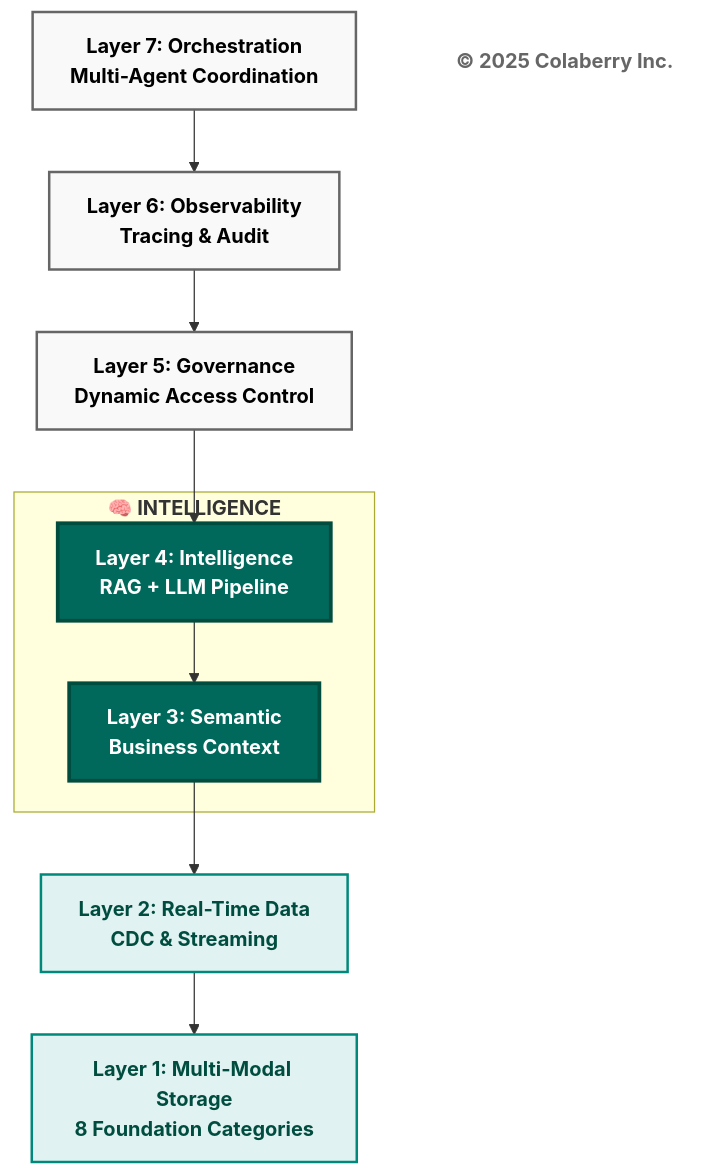
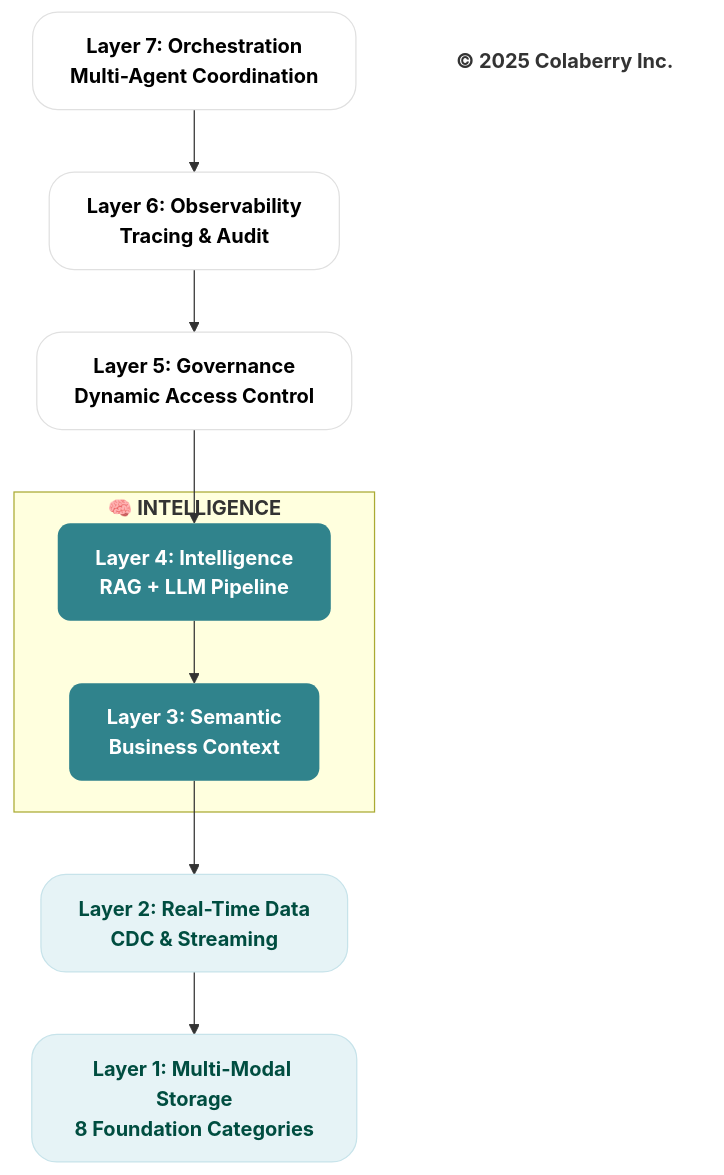
Before and after one commit to saitejesh-cyber/trust-before-intelligence-book: the third of 13 diagrams in manuscript/06_chapter_5_intelligence_layers.md, drawn with Mermaid. The commit also changed other lines of this file and 7 other files, not shown here.

Commit message:
Chapter 6to13: Updated mermaid diagrams based on new colaberry color code

````diff
--- a/manuscript/06_chapter_5_intelligence_layers.md
+++ b/manuscript/06_chapter_5_intelligence_layers.md
@@ -131,28 +131,28 @@
 ```mermaid
 graph TB
     L7["<b>Layer 7: Orchestration</b><br/><b>Multi-Agent Coordination</b>"]
     L6["<b>Layer 6: Observability</b><br/><b>Tracing & Audit</b>"]
     L5["<b>Layer 5: Governance</b><br/><b>Dynamic Access Control</b>"]
     
     subgraph "<b>🧠 INTELLIGENCE</b>"
         L4["<b>Layer 4: Intelligence</b><br/><b>RAG + LLM Pipeline</b>"]
         L3["<b>Layer 3: Semantic</b><br/><b>Business Context</b>"]
     end
     
     L2["<b>Layer 2: Real-Time Data</b><br/><b>CDC & Streaming</b>"]
     L1["<b>Layer 1: Multi-Modal Storage</b><br/><b>8 Foundation Categories</b>"]
     
     Copyright["<b>© 2025 Colaberry Inc.</b>"]
     
     L7 --> L6 --> L5 --> L4 --> L3
     L3 --> L2 --> L1
     
-    style L7 fill:#f9f9f9,stroke:#666666,stroke-width:2px,color:#000000
-    style L6 fill:#f9f9f9,stroke:#666666,stroke-width:2px,color:#000000
-    style L5 fill:#f9f9f9,stroke:#666666,stroke-width:2px,color:#000000
-    style L4 fill:#00695c,color:#ffffff,stroke:#004d40,stroke-width:3px
-    style L3 fill:#00695c,color:#ffffff,stroke:#004d40,stroke-width:3px
-    style L2 fill:#e0f2f1,stroke:#00897b,stroke-width:2px,color:#004d40
-    style L1 fill:#e0f2f1,stroke:#00897b,stroke-width:2px,color:#004d40
-    style Copyright fill:#ffffff,stroke:none,color:#666666
+    style L7 fill:#ffffff,stroke:#e0e0e0,stroke-width:1px,color:#000000,rx:20,ry:20
+    style L6 fill:#ffffff,stroke:#e0e0e0,stroke-width:1px,color:#000000,rx:20,ry:20
+    style L5 fill:#ffffff,stroke:#e0e0e0,stroke-width:1px,color:#000000,rx:20,ry:20
+    style L4 fill:#30838C,stroke:none,color:#ffffff,rx:10,ry:10
+    style L3 fill:#30838C,stroke:none,color:#ffffff,rx:10,ry:10
+    style L2 fill:#e6f3f6,stroke:#c7e3ea,stroke-width:1px,color:#004d40,rx:20,ry:20
+    style L1 fill:#e6f3f6,stroke:#c7e3ea,stroke-width:1px,color:#004d40,rx:20,ry:20
+    style Copyright fill:none,stroke:none,color:#333333
 ```
````
